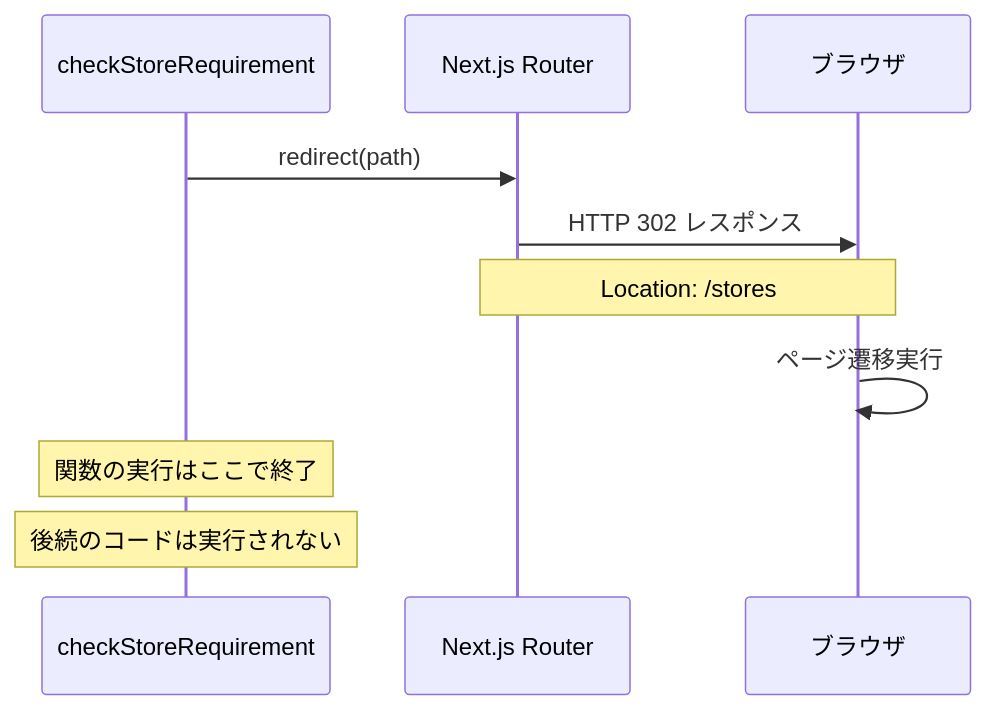
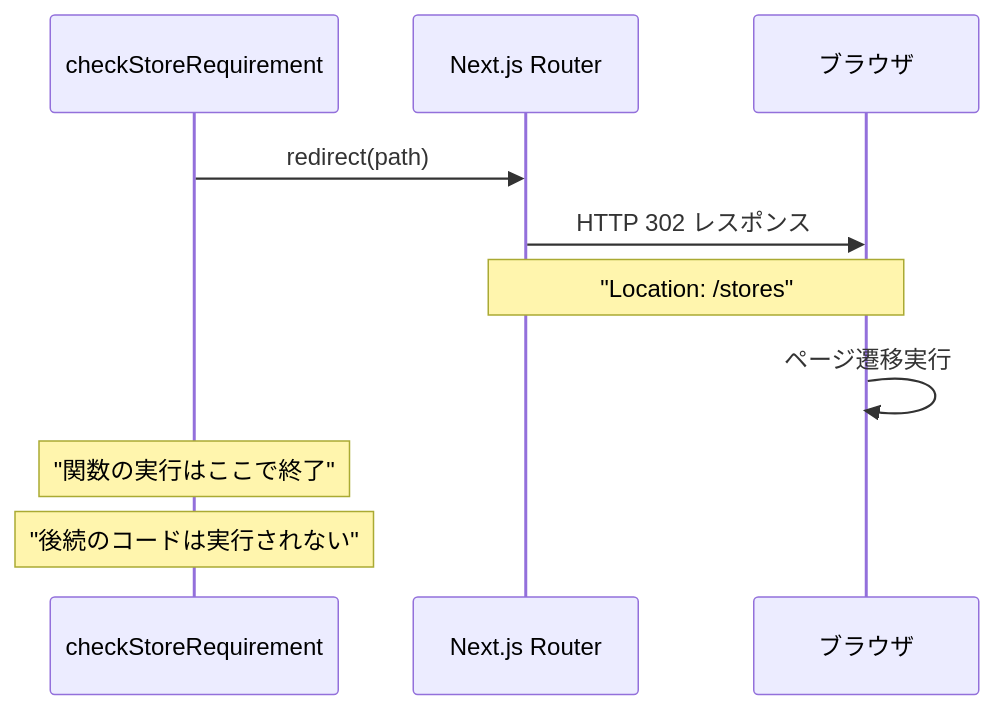
The sixth of 6 diagrams in document/utils/sequence/storeRedirect.md (wasabi49/ocs-systemDevelopmentExercises), drawn with Mermaid before and after one commit. The commit also changed other lines of this file and 42 other files, not shown here.

First line of the commit message:
fix: mermaidシーケンス図のNote over文でダブルクォーテーション不足を修正

````diff
--- a/document/utils/sequence/storeRedirect.md
+++ b/document/utils/sequence/storeRedirect.md
@@ -119,14 +119,14 @@
 ```mermaid
 sequenceDiagram
     participant Utils as checkStoreRequirement
     participant NextJS as Next.js Router
     participant Browser as ブラウザ
 
     Utils->>NextJS: redirect(path)
     NextJS->>Browser: HTTP 302 レスポンス
-    Note over NextJS,Browser: Location: /stores
+    Note over NextJS,Browser: "Location: /stores"
     Browser->>Browser: ページ遷移実行
     
-    Note over Utils: 関数の実行はここで終了
-    Note over Utils: 後続のコードは実行されない
+    Note over Utils: "関数の実行はここで終了"
+    Note over Utils: "後続のコードは実行されない"
 ```
````
